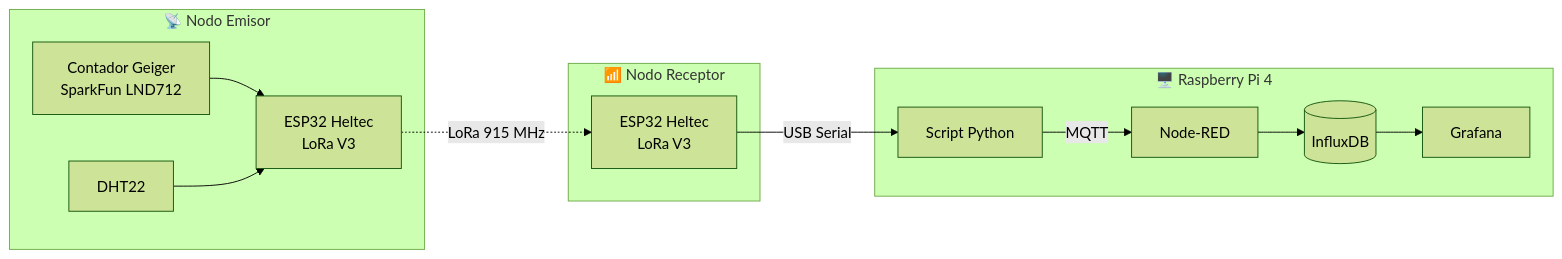
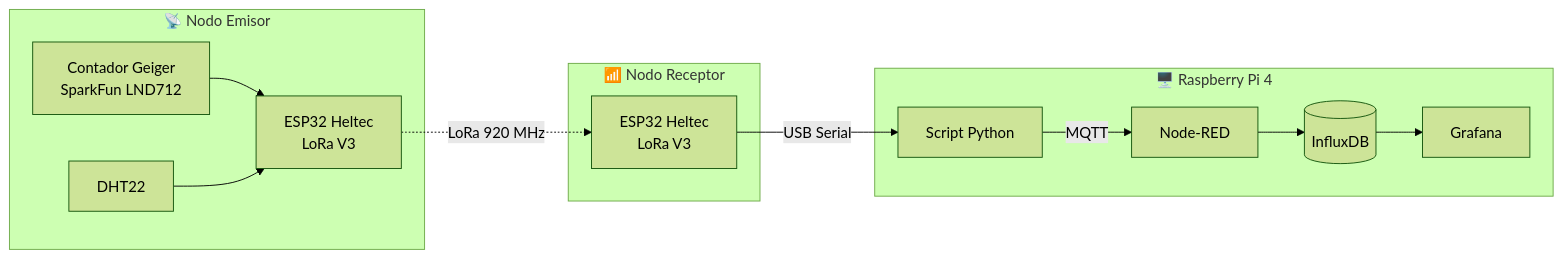
One commit to MuxxozZ/TFG_IEK_MonitoreoBeta-Gamma changed the diagram in README.md. Above: the diagram before and after it, drawn with Mermaid (forest theme). The commit also changed other lines of this file and 3 other files, not shown here.

Commit message:
modificaciones de funciones de flow en nodered y diagrama de bloques

````diff
--- a/README.md
+++ b/README.md
@@ -13,21 +13,21 @@
 ```mermaid
 flowchart LR
     subgraph Nodo_Emisor["📡 Nodo Emisor"]
         G[Contador Geiger<br/>SparkFun LND712] --> E1[ESP32 Heltec<br/>LoRa V3]
         D[DHT22] --> E1
     end
 
-    E1 -.->|LoRa 915 MHz| E2
+    E1 -.->|LoRa 920 MHz| E2
 
     subgraph Nodo_Receptor["📶 Nodo Receptor"]
         E2[ESP32 Heltec<br/>LoRa V3]
     end
 
     E2 -->|USB Serial| P
 
     subgraph Servidor["🖥️ Raspberry Pi 4"]
         P[Script Python] -->|MQTT| N[Node-RED]
         N --> I[(InfluxDB)]
         I --> GR[Grafana]
     end
 ```
````
